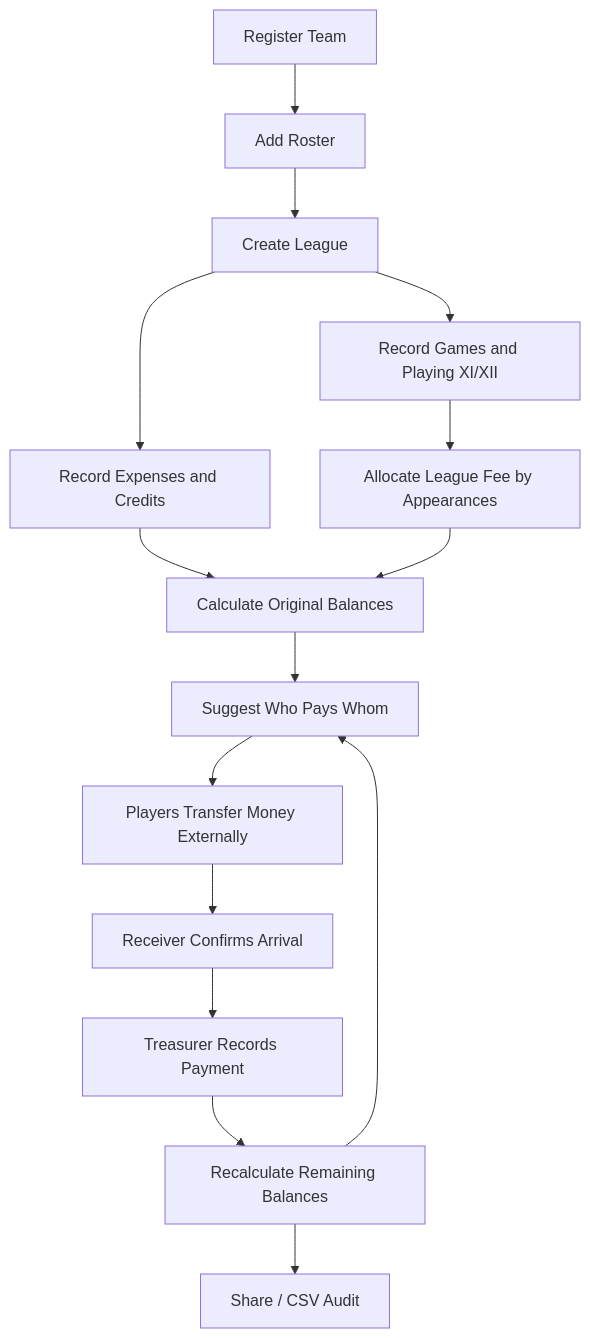
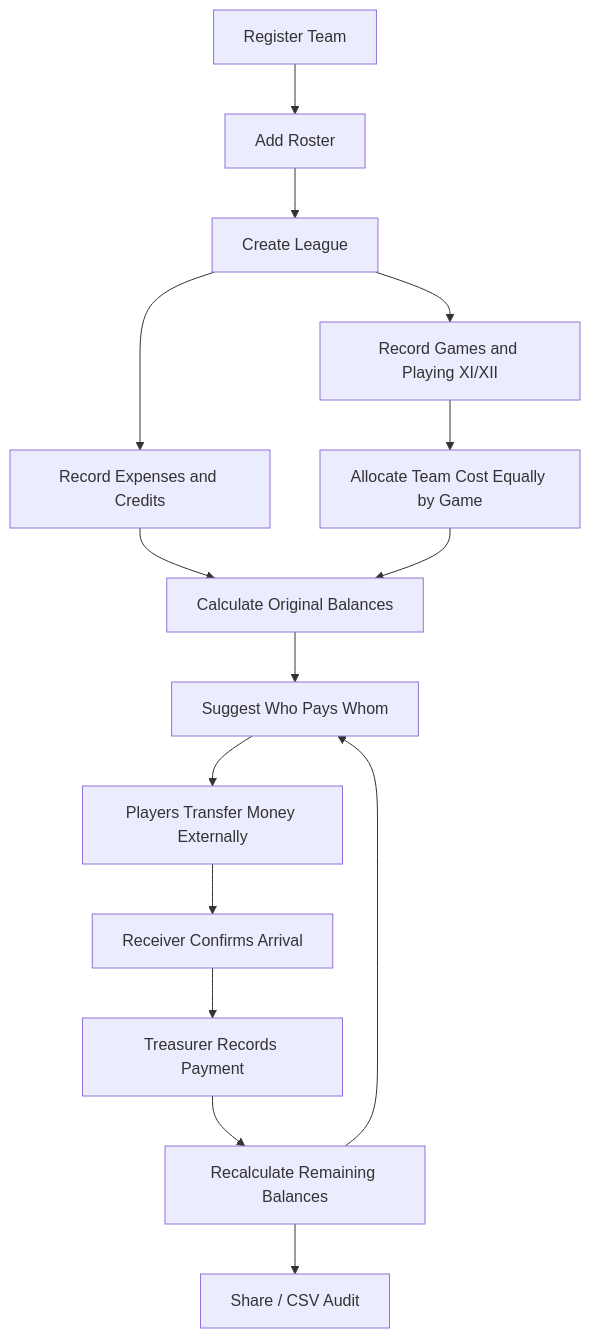
The fourth of 4 diagrams in docs/HLD.md (SaiduM/WicketSplit), drawn with Mermaid before and after one commit. The commit also changed other lines of this file and 5 other files, not shown here.

Commit message:
Update WicketSplit design and roadmap

````diff
--- a/docs/HLD.md
+++ b/docs/HLD.md
@@ -111,17 +111,17 @@
 ```mermaid
 flowchart TD
     Register["Register Team"] --> Roster["Add Roster"]
     Roster --> League["Create League"]
     League --> Games["Record Games and Playing XI/XII"]
     League --> Expenses["Record Expenses and Credits"]
-    Games --> Fee["Allocate League Fee by Appearances"]
+    Games --> Fee["Allocate Team Cost Equally by Game"]
     Expenses --> Balance["Calculate Original Balances"]
     Fee --> Balance
     Balance --> Suggest["Suggest Who Pays Whom"]
     Suggest --> External["Players Transfer Money Externally"]
     External --> Confirm["Receiver Confirms Arrival"]
     Confirm --> Record["Treasurer Records Payment"]
     Record --> Remaining["Recalculate Remaining Balances"]
     Remaining --> Suggest
     Remaining --> Export["Share / CSV Audit"]
 ```
````
